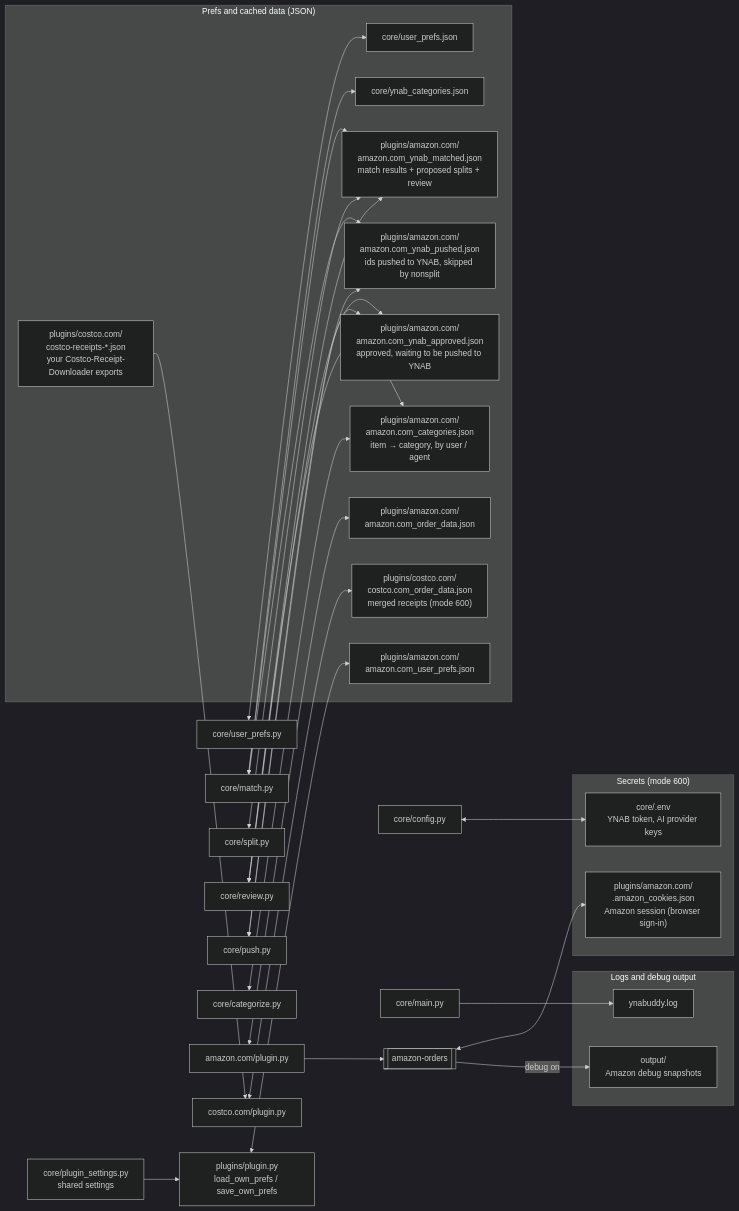
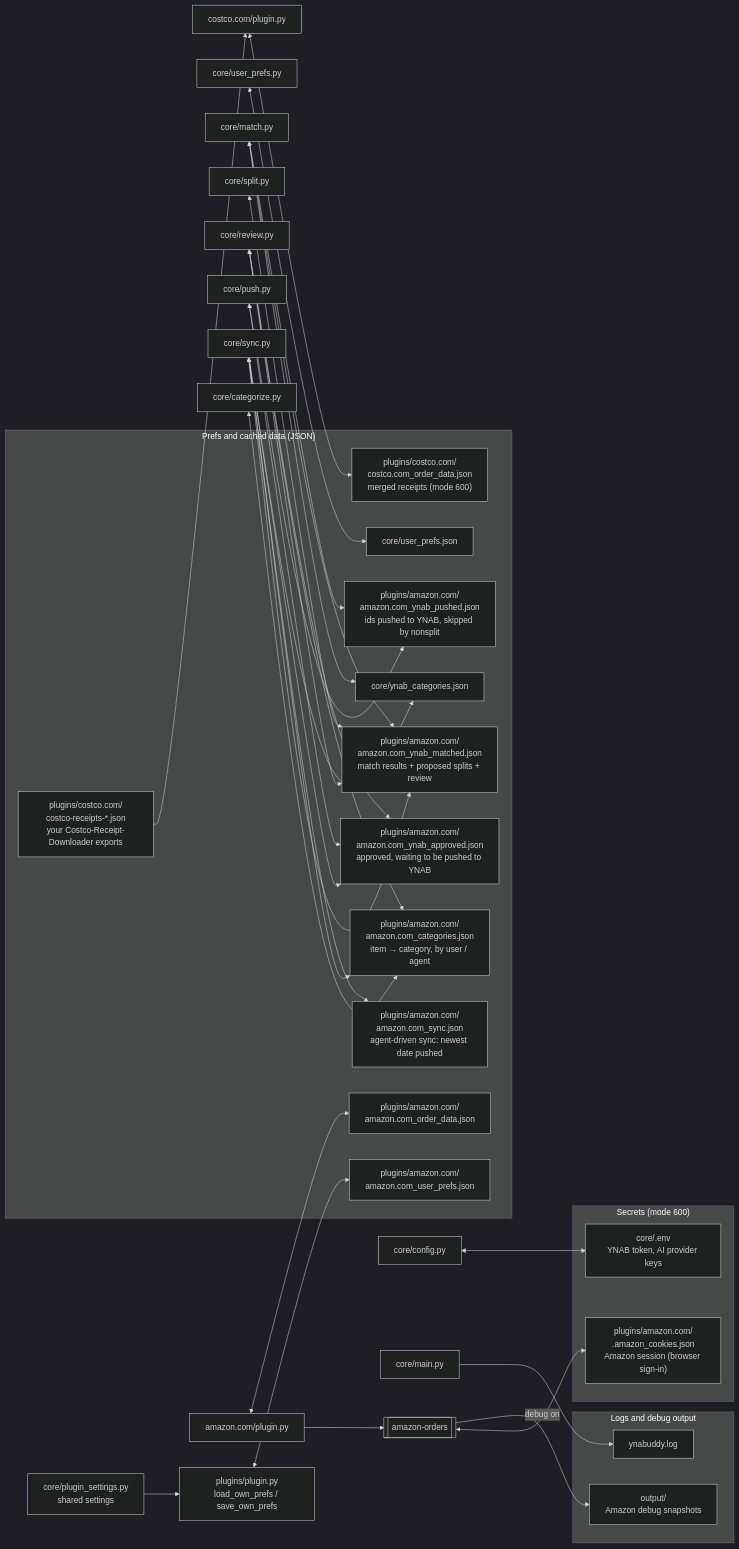
The fifth of 5 diagrams in DIAGRAM.md (bikeracer4487/ynab-order-splitter), drawn with Mermaid (dark theme) before and after one commit. The commit also changed other lines of this file and 3 other files, not shown here.

Commit message:
Docs for the agent-driven sync

````diff
--- a/DIAGRAM.md
+++ b/DIAGRAM.md
@@ -247,44 +249,47 @@
 ```mermaid
 flowchart LR
     subgraph secrets["Secrets (mode 600)"]
         coreenv["core/.env<br/>YNAB token, AI provider keys"]
         cookies["plugins/amazon.com/<br/>.amazon_cookies.json<br/>Amazon session (browser sign-in)"]
     end
 
     subgraph state["Prefs and cached data (JSON)"]
         up["core/user_prefs.json"]
         cats["core/ynab_categories.json"]
         amzprefs["plugins/amazon.com/<br/>amazon.com_user_prefs.json"]
         orders["plugins/amazon.com/<br/>amazon.com_order_data.json"]
         amzcats["plugins/amazon.com/<br/>amazon.com_categories.json<br/>item → category, by user / agent"]
         results["plugins/amazon.com/<br/>amazon.com_ynab_matched.json<br/>match results + proposed splits + review"]
         approved["plugins/amazon.com/<br/>amazon.com_ynab_approved.json<br/>approved, waiting to be pushed to YNAB"]
         pushed["plugins/amazon.com/<br/>amazon.com_ynab_pushed.json<br/>ids pushed to YNAB, skipped by nonsplit"]
+        mark["plugins/amazon.com/<br/>amazon.com_sync.json<br/>agent-driven sync: newest date pushed"]
         cosexports["plugins/costco.com/<br/>costco-receipts-*.json<br/>your Costco-Receipt-Downloader exports"]
         cosorders["plugins/costco.com/<br/>costco.com_order_data.json<br/>merged receipts (mode 600)"]
     end
 
     subgraph other["Logs and debug output"]
         logfile["ynabuddy.log"]
         snapshots["output/<br/>Amazon debug snapshots"]
     end
 
     config["core/config.py"] <--> coreenv
     userprefs["core/user_prefs.py"] <--> up
     matchpy["core/match.py"] <--> cats & results
     matchpy --> pushed
     splitpy["core/split.py"] <--> results
     reviewpy["core/review.py"] <--> results & amzcats
     reviewpy --> approved
     pushpy["core/push.py"] <--> approved & pushed
+    syncpy["core/sync.py"] <--> results & amzcats & mark
+    syncpy --> approved & cats
     catpy["core/categorize.py"] <--> amzcats
     sdk["plugins/plugin.py<br/>load_own_prefs / save_own_prefs"] <--> amzprefs
     ps["core/plugin_settings.py<br/>shared settings"] --> sdk
     mainpy["core/main.py"] --> logfile
     amz["amazon.com/plugin.py"] <--> orders
     amzlib[["amazon-orders"]] <--> cookies
     amzlib -->|"debug on"| snapshots
     amz --> amzlib
     cos["costco.com/plugin.py"] <--> cosorders
     cosexports --> cos
 ```
````
